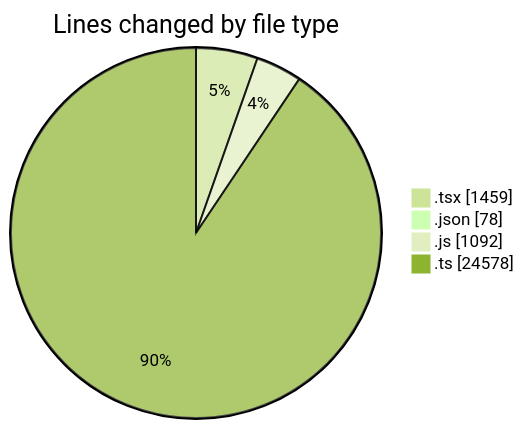
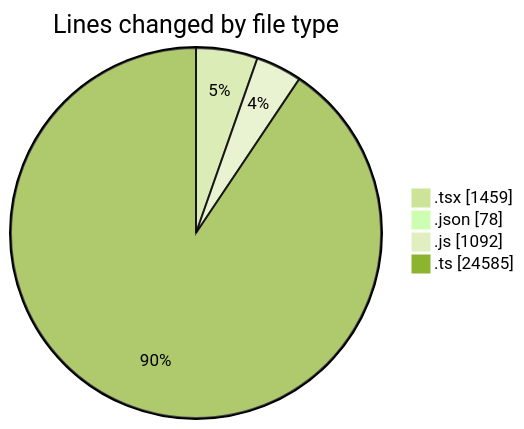
Before and after one commit to momahboobian/code-tracking: the first of 2 diagrams in 2026-10-19/cda/README.md, drawn with Mermaid (forest theme). The commit also changed other lines of this file and 1 other file, not shown here.

````diff
--- a/2026-10-19/cda/README.md
+++ b/2026-10-19/cda/README.md
@@ -30,8 +30,8 @@
 ```mermaid
 pie showData
 title Lines changed by file type
 ".tsx" : 1459
 ".json" : 78
 ".js" : 1092
-".ts" : 24578
+".ts" : 24585
 ```
````
